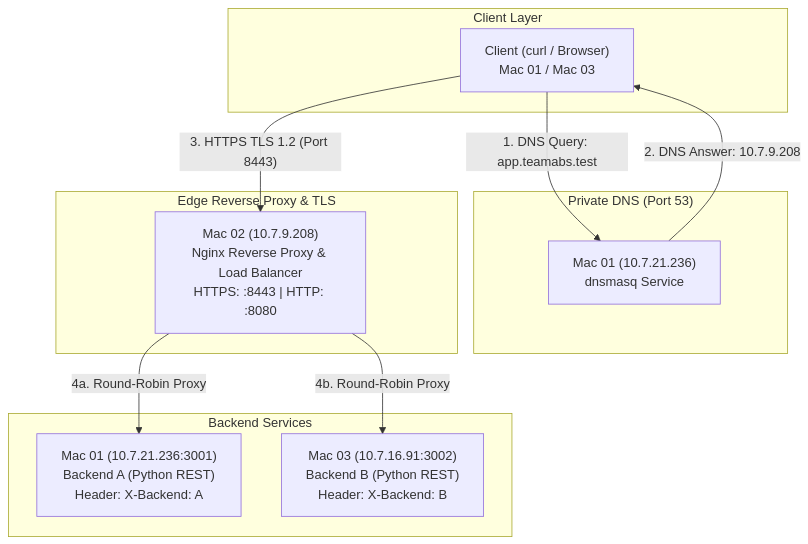
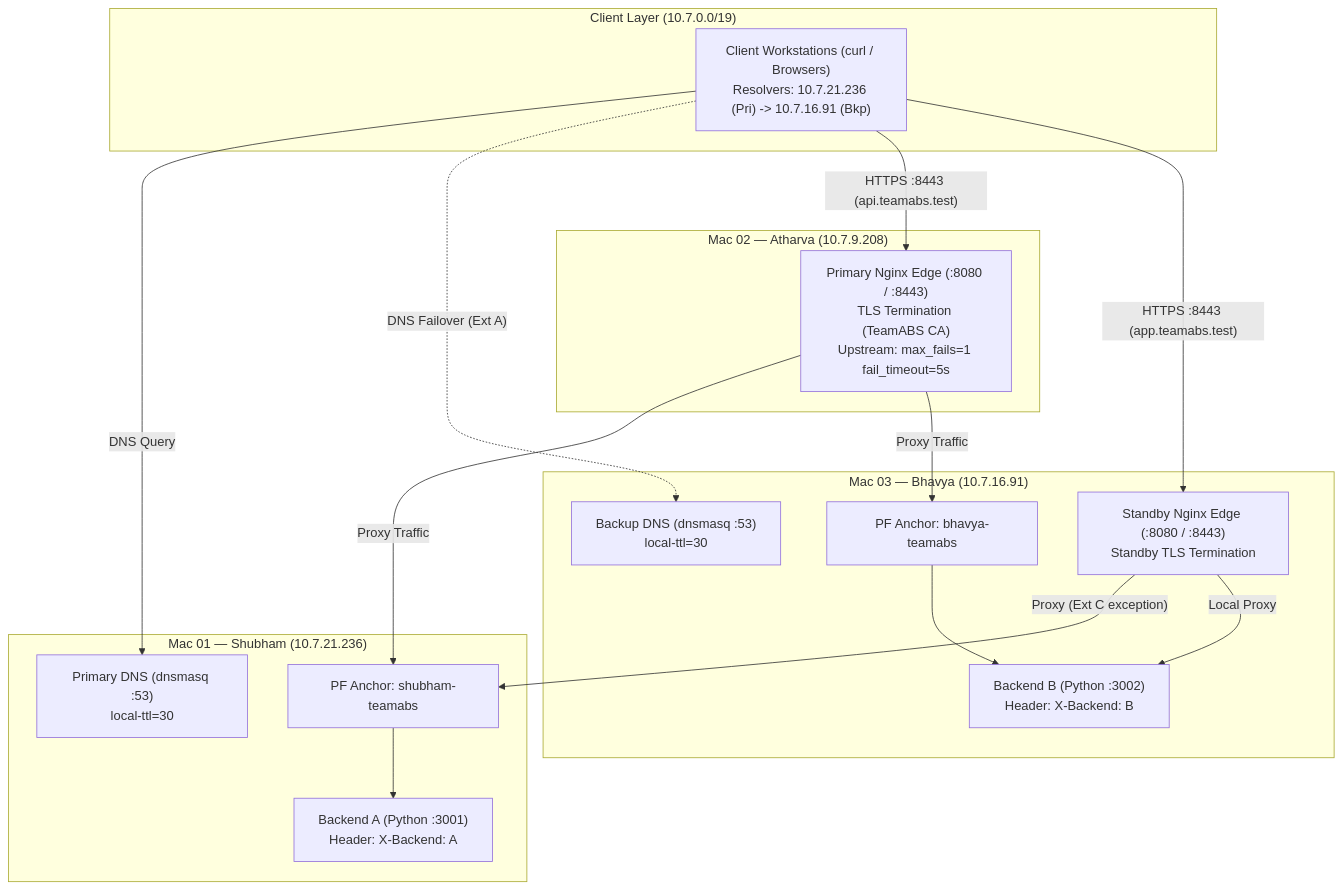
The diagram in README.md (Shubham-60/TeamABS), drawn with Mermaid before and after one commit. The commit also changed other lines of this file and 14 other files, not shown here.

Commit message:
chore: establish Phase 2 directory structure and architecture topology

````diff
--- a/README.md
+++ b/README.md
@@ -23,25 +60,36 @@
 ```mermaid
 flowchart TD
-    subgraph Clients ["Client Layer"]
-        Client["Client (curl / Browser)<br/>Mac 01 / Mac 03"]
+    subgraph Clients ["Client Layer (10.7.0.0/19)"]
+        Client["Client Workstations (curl / Browsers)<br/>Resolvers: 10.7.21.236 (Pri) -> 10.7.16.91 (Bkp)"]
     end
 
-    subgraph DNSLayer ["Private DNS (Port 53)"]
-        DNS["Mac 01 (10.7.21.236)<br/>dnsmasq Service"]
+    subgraph Mac1 ["Mac 01 — Shubham (10.7.21.236)"]
+        PriDNS["Primary DNS (dnsmasq :53)<br/>local-ttl=30"]
+        PF1["PF Anchor: shubham-teamabs"]
+        BackA["Backend A (Python :3001)<br/>Header: X-Backend: A"]
+        PF1 --> BackA
     end
 
-    subgraph EdgeLayer ["Edge Reverse Proxy & TLS"]
-        Edge["Mac 02 (10.7.9.208)<br/>Nginx Reverse Proxy & Load Balancer<br/>HTTPS: :8443 | HTTP: :8080"]
+    subgraph Mac2 ["Mac 02 — Atharva (10.7.9.208)"]
+        PriEdge["Primary Nginx Edge (:8080 / :8443)<br/>TLS Termination (TeamABS CA)<br/>Upstream: max_fails=1 fail_timeout=5s"]
     end
 
-    subgraph BackendLayer ["Backend Services"]
-        BackendA["Mac 01 (10.7.21.236:3001)<br/>Backend A (Python REST)<br/>Header: X-Backend: A"]
-        BackendB["Mac 03 (10.7.16.91:3002)<br/>Backend B (Python REST)<br/>Header: X-Backend: B"]
+    subgraph Mac3 ["Mac 03 — Bhavya (10.7.16.91)"]
+        BkpDNS["Backup DNS (dnsmasq :53)<br/>local-ttl=30"]
+        StdEdge["Standby Nginx Edge (:8080 / :8443)<br/>Standby TLS Termination"]
+        PF3["PF Anchor: bhavya-teamabs"]
+        BackB["Backend B (Python :3002)<br/>Header: X-Backend: B"]
+        PF3 --> BackB
     end
 
-    Client -->|"1. DNS Query: app.teamabs.test"| DNS
-    DNS -->|"2. DNS Answer: 10.7.9.208"| Client
-    Client -->|"3. HTTPS TLS 1.2 (Port 8443)"| Edge
-    Edge -->|"4a. Round-Robin Proxy"| BackendA
-    Edge -->|"4b. Round-Robin Proxy"| BackendB
+    Client -->|"DNS Query"| PriDNS
+    Client -.->|"DNS Failover (Ext A)"| BkpDNS
+    Client -->|"HTTPS :8443 (api.teamabs.test)"| PriEdge
+    Client -->|"HTTPS :8443 (app.teamabs.test)"| StdEdge
+
+    PriEdge -->|"Proxy Traffic"| PF1
+    PriEdge -->|"Proxy Traffic"| PF3
+
+    StdEdge -->|"Proxy (Ext C exception)"| PF1
+    StdEdge -->|"Local Proxy"| BackB
 ```
````
